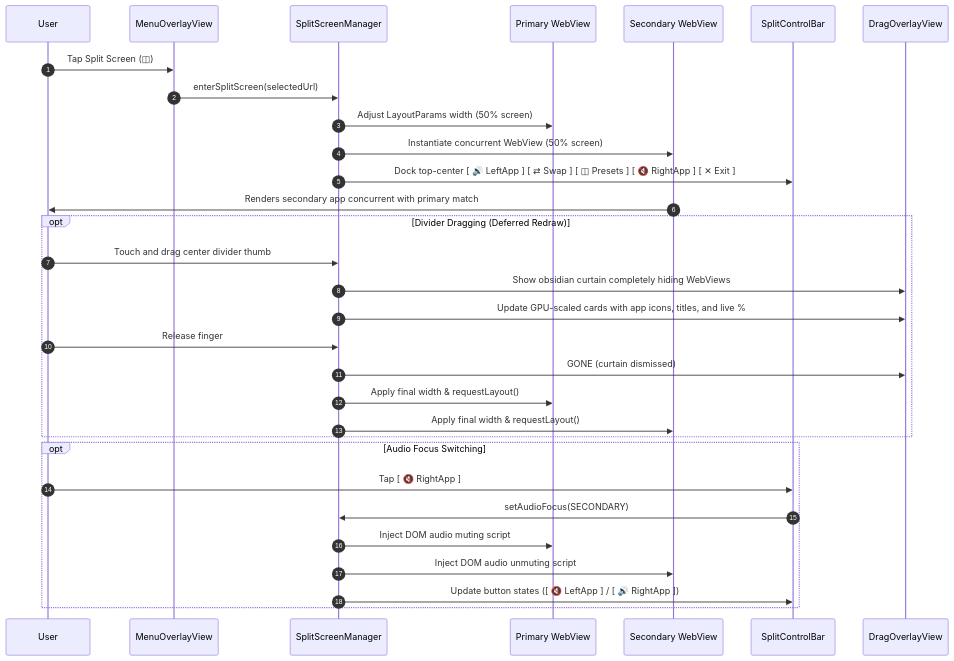
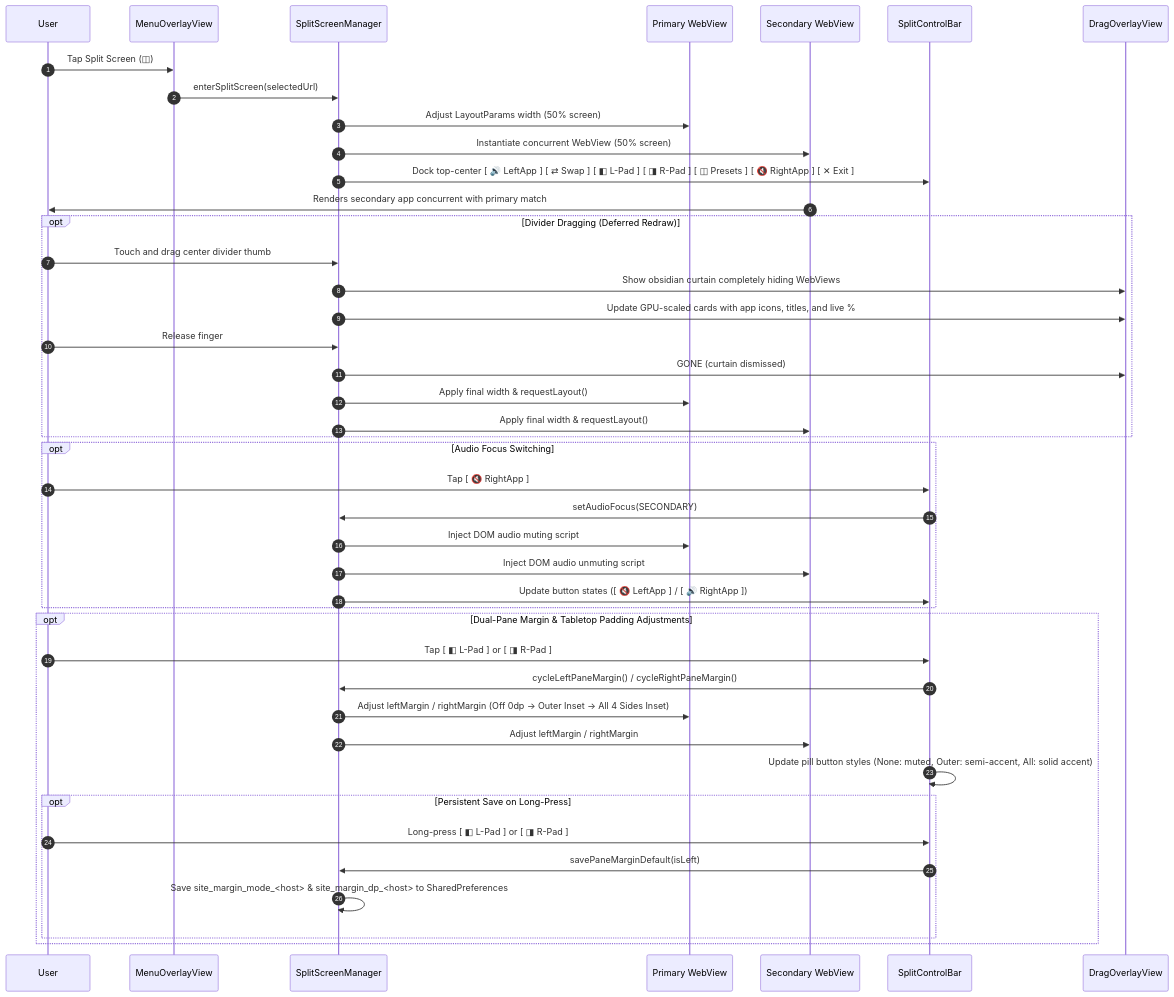
One commit to adamlaster/ChessBoard changed the sixth of 7 diagrams in ARCHITECTURE.md. Above: the diagram before and after it, drawn with Mermaid. The commit also changed other lines of this file and 12 other files, not shown here.

````diff
--- a/ARCHITECTURE.md
+++ b/ARCHITECTURE.md
@@ -294,36 +294,49 @@
 ```mermaid
 sequenceDiagram
     autonumber
     participant User
     participant Menu as MenuOverlayView
     participant Split as SplitScreenManager
     participant Primary as Primary WebView
     participant Secondary as Secondary WebView
     participant Bar as SplitControlBar
     participant Overlay as DragOverlayView
 
     User->>Menu: Tap Split Screen (◫)
     Menu->>Split: enterSplitScreen(selectedUrl)
     Split->>Primary: Adjust LayoutParams width (50% screen)
     Split->>Secondary: Instantiate concurrent WebView (50% screen)
-    Split->>Bar: Dock top-center [ 🔊 LeftApp ] [ ⇄ Swap ] [ ◫ Presets ] [ 🔇 RightApp ] [ ✕ Exit ]
+    Split->>Bar: Dock top-center [ 🔊 LeftApp ] [ ⇄ Swap ] [ ◧ L-Pad ] [ ◨ R-Pad ] [ ◫ Presets ] [ 🔇 RightApp ] [ ✕ Exit ]
     Secondary->>User: Renders secondary app concurrent with primary match
 
     opt Divider Dragging (Deferred Redraw)
         User->>Split: Touch and drag center divider thumb
         Split->>Overlay: Show obsidian curtain completely hiding WebViews
         Split->>Overlay: Update GPU-scaled cards with app icons, titles, and live %
         User->>Split: Release finger
         Split->>Overlay: GONE (curtain dismissed)
         Split->>Primary: Apply final width & requestLayout()
         Split->>Secondary: Apply final width & requestLayout()
     end
 
     opt Audio Focus Switching
         User->>Bar: Tap [ 🔇 RightApp ]
         Bar->>Split: setAudioFocus(SECONDARY)
         Split->>Primary: Inject DOM audio muting script
         Split->>Secondary: Inject DOM audio unmuting script
         Split->>Bar: Update button states ([ 🔇 LeftApp ] / [ 🔊 RightApp ])
     end
+
+    opt Dual-Pane Margin & Tabletop Padding Adjustments
+        User->>Bar: Tap [ ◧ L-Pad ] or [ ◨ R-Pad ]
+        Bar->>Split: cycleLeftPaneMargin() / cycleRightPaneMargin()
+        Split->>Primary: Adjust leftMargin / rightMargin (Off 0dp -> Outer Inset -> All 4 Sides Inset)
+        Split->>Secondary: Adjust leftMargin / rightMargin
+        Bar->>Bar: Update pill button styles (None: muted, Outer: semi-accent, All: solid accent)
+        opt Persistent Save on Long-Press
+            User->>Bar: Long-press [ ◧ L-Pad ] or [ ◨ R-Pad ]
+            Bar->>Split: savePaneMarginDefault(isLeft)
+            Split->>Split: Save site_margin_mode_<host> & site_margin_dp_<host> to SharedPreferences
+        end
+    end
 ```
````
